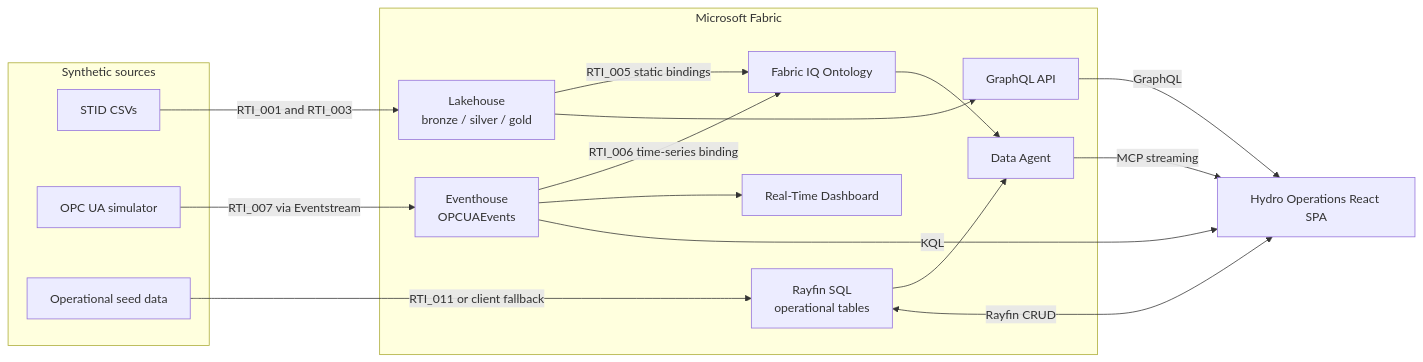
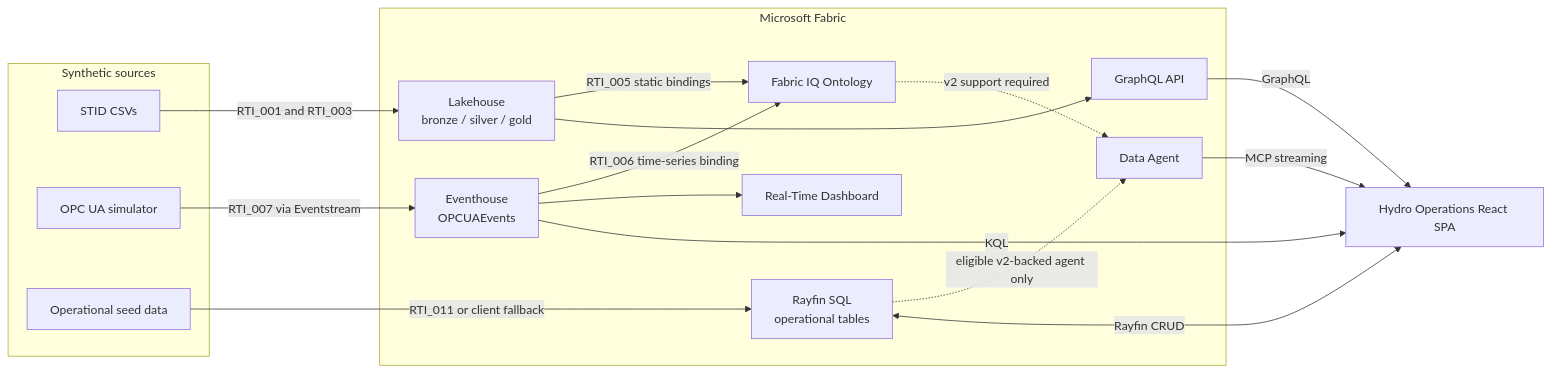
The first of 4 diagrams in DATA_FLOW_ANALYSIS.md (dibakardharchoudhury/FabricIQAppsDEMO), drawn with Mermaid before and after one commit. The commit also changed other lines of this file and 49 other files, not shown here.

````diff
--- a/DATA_FLOW_ANALYSIS.md
+++ b/DATA_FLOW_ANALYSIS.md
@@ -20,34 +20,34 @@
 ```mermaid
 flowchart LR
     subgraph Sources["Synthetic sources"]
         STID["STID CSVs"]
         SIM["OPC UA simulator"]
         OPS["Operational seed data"]
     end
 
     subgraph Fabric["Microsoft Fabric"]
         LH["Lakehouse\nbronze / silver / gold"]
         EH["Eventhouse\nOPCUAEvents"]
         SQL["Rayfin SQL\noperational tables"]
         ONT["Fabric IQ Ontology"]
         GQL["GraphQL API"]
         AGENT["Data Agent"]
         DASH["Real-Time Dashboard"]
     end
 
     APP["Hydro Operations React SPA"]
 
     STID -->|RTI_001 and RTI_003| LH
     SIM -->|RTI_007 via Eventstream| EH
     OPS -->|RTI_011 or client fallback| SQL
     LH -->|RTI_005 static bindings| ONT
     EH -->|RTI_006 time-series binding| ONT
     LH --> GQL
-    ONT --> AGENT
-    SQL --> AGENT
+    ONT -.->|v2 support required| AGENT
+    SQL -.->|eligible v2-backed agent only| AGENT
     EH --> DASH
     GQL -->|GraphQL| APP
     EH -->|KQL| APP
     SQL <-->|Rayfin CRUD| APP
     AGENT -->|MCP streaming| APP
 ```
````
